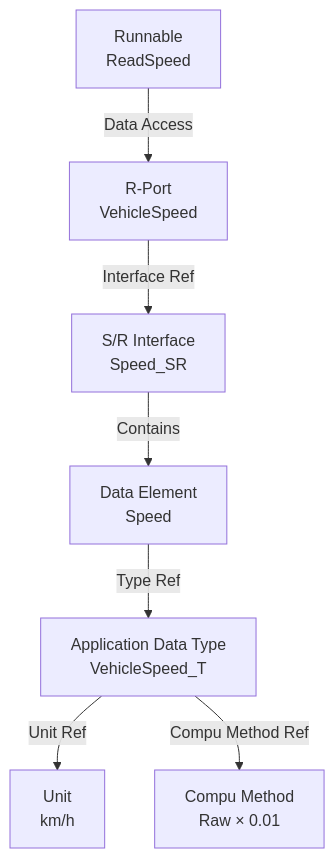
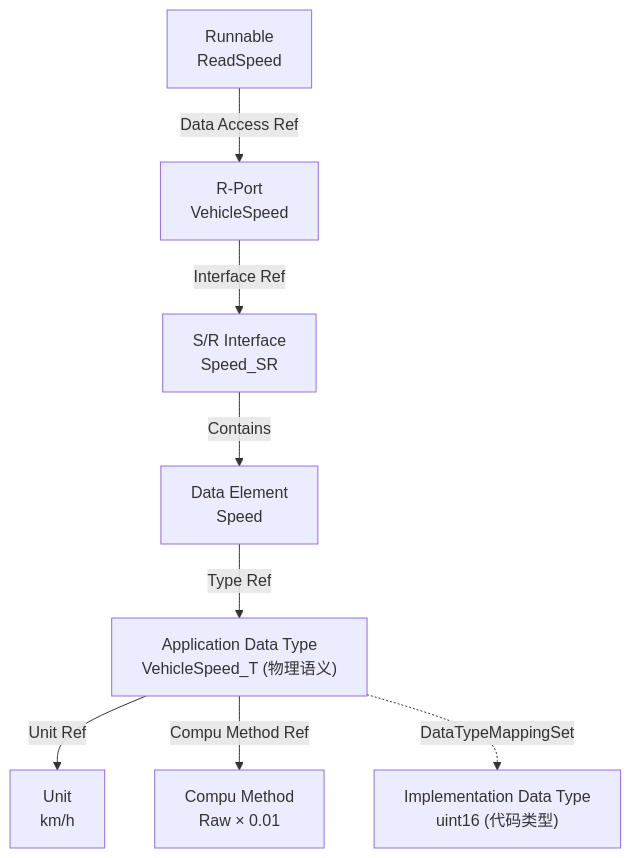
Before and after one commit to leehyon/garden: the second of 4 diagrams in content/autosar/autosar-classic.md, drawn with Mermaid. The commit also changed other lines of this file, not shown here.

````diff
--- a/content/autosar/autosar-classic.md
+++ b/content/autosar/autosar-classic.md
@@ -187,28 +224,20 @@
 ```mermaid
 flowchart TB
 
     RUN["Runnable<br/>ReadSpeed"]
-
     PORT["R-Port<br/>VehicleSpeed"]
-
     IF["S/R Interface<br/>Speed_SR"]
-
     DE["Data Element<br/>Speed"]
-
-    ADT["Application Data Type<br/>VehicleSpeed_T"]
-
+    ADT["Application Data Type<br/>VehicleSpeed_T (物理语义)"]
+    IDT["Implementation Data Type<br/>uint16 (代码类型)"]
     UNIT["Unit<br/>km/h"]
-
     COMPU["Compu Method<br/>Raw × 0.01"]
 
-    RUN -->|Data Access| PORT
-
+    RUN -->|Data Access Ref| PORT
     PORT -->|Interface Ref| IF
-
     IF -->|Contains| DE
-
     DE -->|Type Ref| ADT
-
     ADT -->|Unit Ref| UNIT
     ADT -->|Compu Method Ref| COMPU
+    ADT -.->|DataTypeMappingSet| IDT
 ```
````
